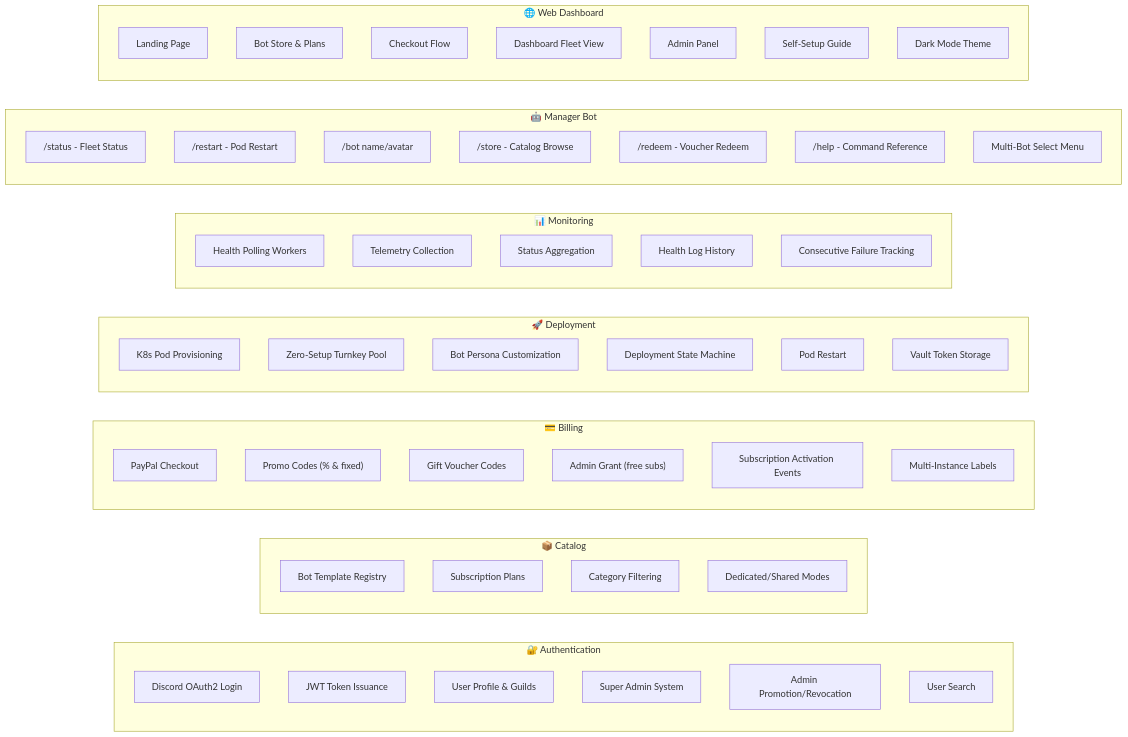
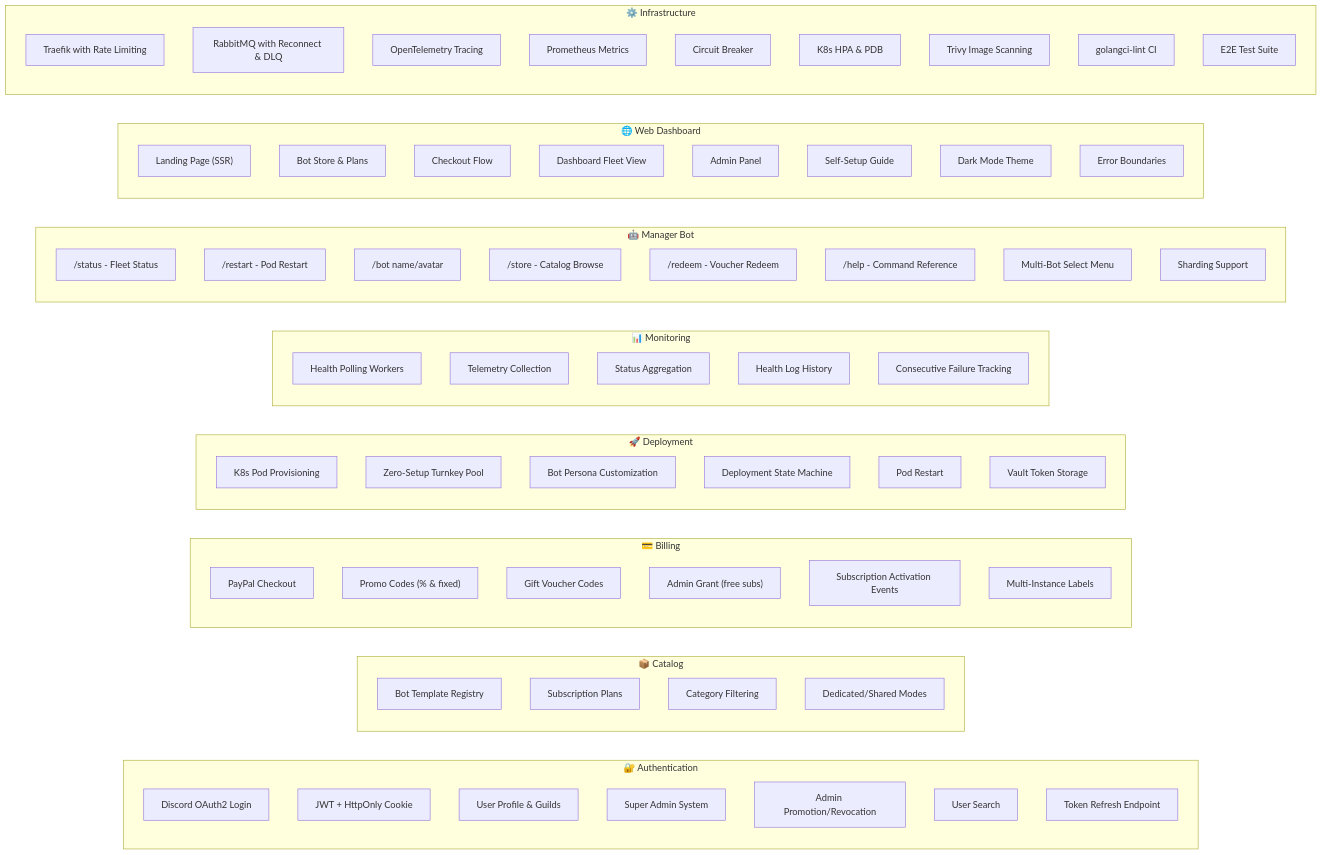
The first of 2 diagrams in docs/FEATURES.md (Abdo30004/discord-subscriptions), drawn with Mermaid before and after one commit. The commit also changed other lines of this file and 8 other files, not shown here.

First line of the commit message:
docs: upgrade platform go baseline to 1.26 across architecture manuals

````diff
--- a/docs/FEATURES.md
+++ b/docs/FEATURES.md
@@ -28,64 +27,79 @@
 ```mermaid
 flowchart LR
     subgraph Auth["🔐 Authentication"]
         A1["Discord OAuth2 Login"]
-        A2["JWT Token Issuance"]
+        A2["JWT + HttpOnly Cookie"]
         A3["User Profile & Guilds"]
         A4["Super Admin System"]
         A5["Admin Promotion/Revocation"]
         A6["User Search"]
+        A7["Token Refresh Endpoint"]
     end
 
     subgraph Catalog["📦 Catalog"]
         B1["Bot Template Registry"]
         B2["Subscription Plans"]
         B3["Category Filtering"]
         B4["Dedicated/Shared Modes"]
     end
 
     subgraph Billing["💳 Billing"]
         C1["PayPal Checkout"]
         C2["Promo Codes (% & fixed)"]
         C3["Gift Voucher Codes"]
         C4["Admin Grant (free subs)"]
         C5["Subscription Activation Events"]
         C6["Multi-Instance Labels"]
     end
 
     subgraph Deploy["🚀 Deployment"]
         D1["K8s Pod Provisioning"]
         D2["Zero-Setup Turnkey Pool"]
         D3["Bot Persona Customization"]
         D4["Deployment State Machine"]
         D5["Pod Restart"]
         D6["Vault Token Storage"]
     end
 
     subgraph Monitor["📊 Monitoring"]
         E1["Health Polling Workers"]
         E2["Telemetry Collection"]
         E3["Status Aggregation"]
         E4["Health Log History"]
         E5["Consecutive Failure Tracking"]
     end
 
     subgraph Bot["🤖 Manager Bot"]
         F1["/status - Fleet Status"]
         F2["/restart - Pod Restart"]
         F3["/bot name/avatar"]
         F4["/store - Catalog Browse"]
         F5["/redeem - Voucher Redeem"]
         F6["/help - Command Reference"]
         F7["Multi-Bot Select Menu"]
+        F8["Sharding Support"]
     end
 
     subgraph Frontend["🌐 Web Dashboard"]
-        G1["Landing Page"]
+        G1["Landing Page (SSR)"]
         G2["Bot Store & Plans"]
         G3["Checkout Flow"]
         G4["Dashboard Fleet View"]
         G5["Admin Panel"]
         G6["Self-Setup Guide"]
         G7["Dark Mode Theme"]
+        G8["Error Boundaries"]
+    end
+
+    subgraph Infra["⚙️ Infrastructure"]
+        I1["Traefik with Rate Limiting"]
+        I2["RabbitMQ with Reconnect & DLQ"]
+        I3["OpenTelemetry Tracing"]
+        I4["Prometheus Metrics"]
+        I5["Circuit Breaker"]
+        I6["K8s HPA & PDB"]
+        I7["Trivy Image Scanning"]
+        I8["golangci-lint CI"]
+        I9["E2E Test Suite"]
     end
 ```
````
